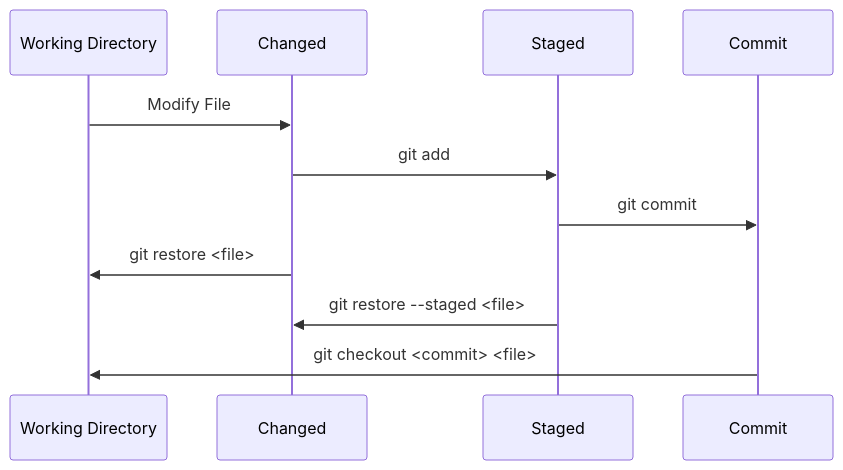
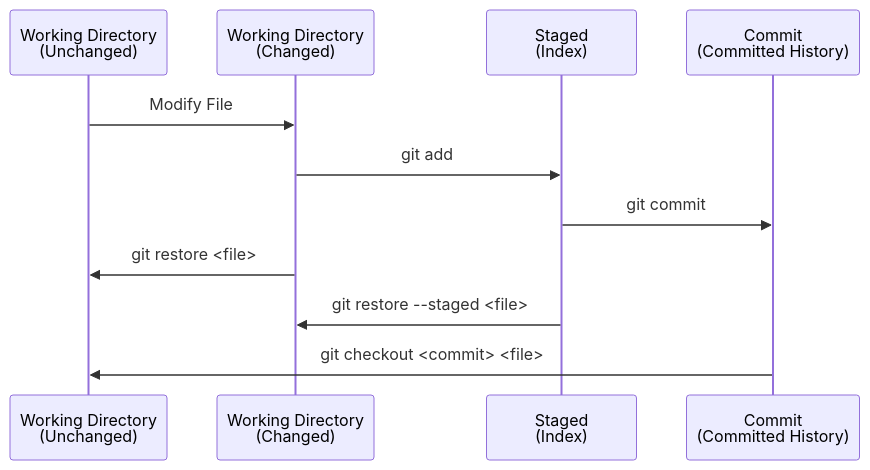
Before and after one commit to comp423-25s/comp423-25s.github.io: the diagram in docs/resources/git/ch2-git-fundamental-subcommands.md, drawn with Mermaid. The commit also changed other lines of this file, not shown here.

````diff
--- a/docs/resources/git/ch2-git-fundamental-subcommands.md
+++ b/docs/resources/git/ch2-git-fundamental-subcommands.md
@@ -330,14 +302,14 @@
 ``` mermaid
 sequenceDiagram
-    participant WorkingDir as Working Directory
-    participant Changed as Changed
-    participant Staged as Staged
-    participant Committed as Commit
+    participant WorkingDir as Working Directory<br>(Unchanged)
+    participant Changed as Working Directory<br>(Changed)
+    participant Staged as Staged<br>(Index)
+    participant Committed as Commit<br>(Committed History)
 
     WorkingDir ->> Changed: Modify File
     Changed ->> Staged: git add
     Staged ->> Committed: git commit
     Changed ->> WorkingDir: git restore <file>
     Staged ->> Changed: git restore --staged <file>
     Committed ->> WorkingDir: git checkout <commit> <file>
 ```
````
